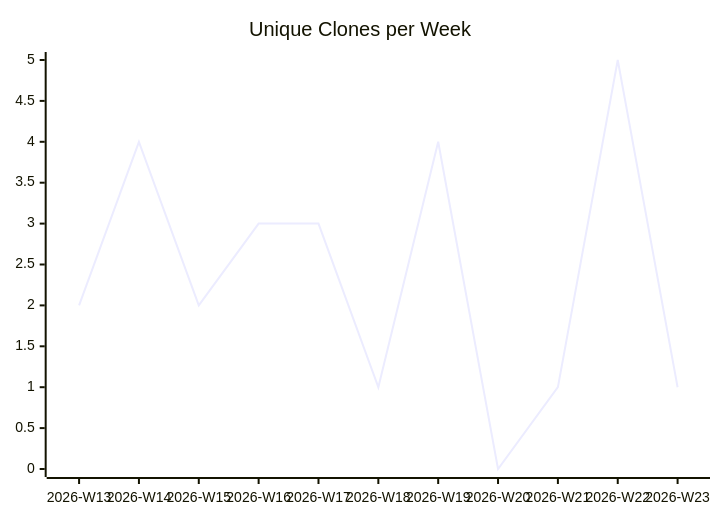
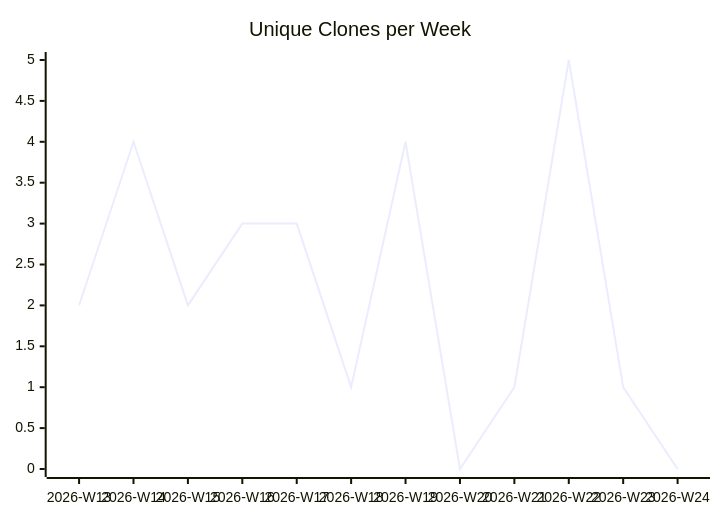
The third of 3 diagrams in karlmdavis/workstation-base-ansible-role/README.md (justdavis-family/github-analytics-data), drawn with Mermaid before and after one commit. The commit also changed other lines of this file and 189 other files, not shown here.

````diff
--- a/karlmdavis/workstation-base-ansible-role/README.md
+++ b/karlmdavis/workstation-base-ansible-role/README.md
@@ -19,6 +19,6 @@
 ```mermaid
 xychart-beta
   title "Unique Clones per Week"
-  x-axis ["2026-W13", "2026-W14", "2026-W15", "2026-W16", "2026-W17", "2026-W18", "2026-W19", "2026-W20", "2026-W21", "2026-W22", "2026-W23"]
-  line [2, 4, 2, 3, 3, 1, 4, 0, 1, 5, 1]
+  x-axis ["2026-W13", "2026-W14", "2026-W15", "2026-W16", "2026-W17", "2026-W18", "2026-W19", "2026-W20", "2026-W21", "2026-W22", "2026-W23", "2026-W24"]
+  line [2, 4, 2, 3, 3, 1, 4, 0, 1, 5, 1, 0]
 ```
````
